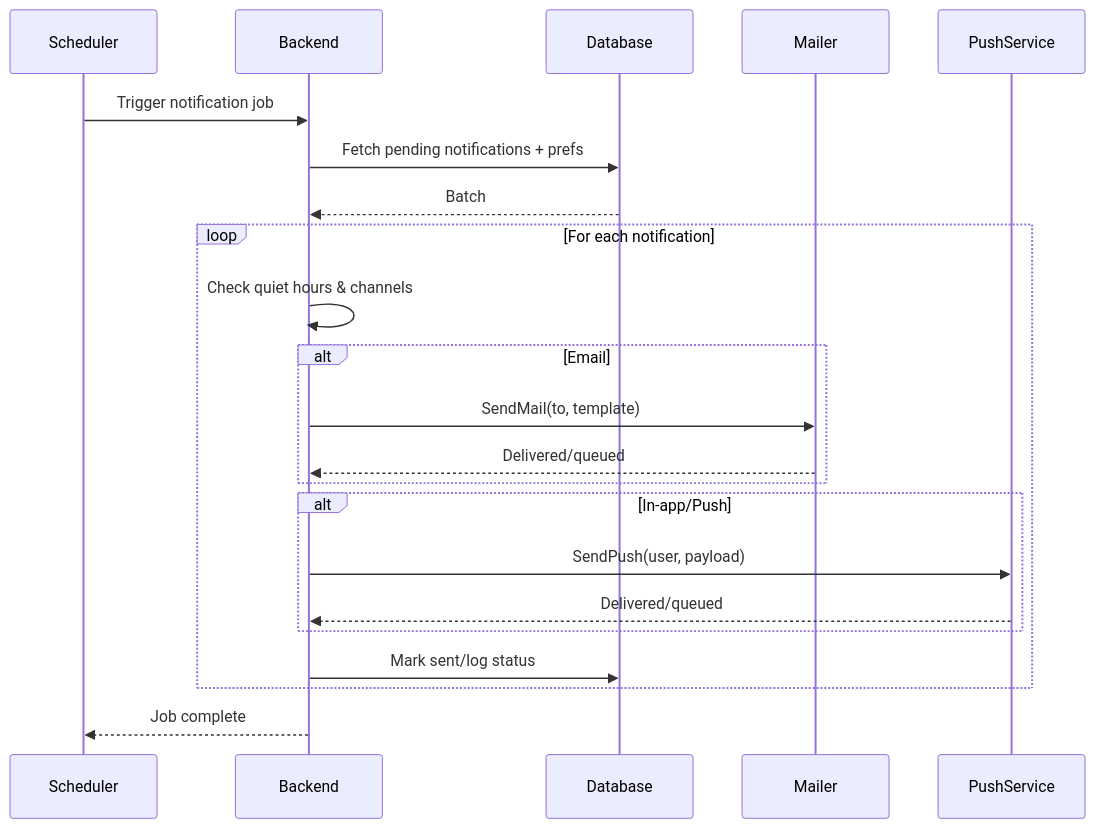
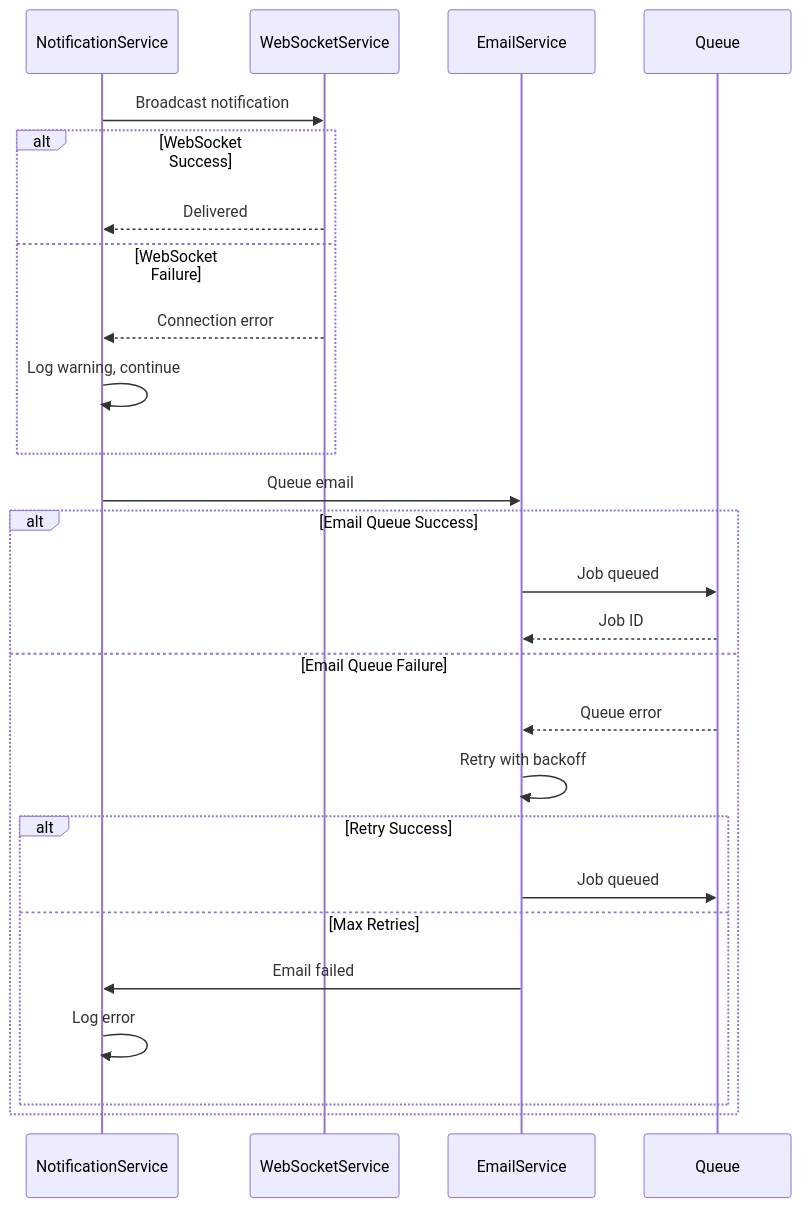
The second of 2 diagrams in docs/01-sequences/SEQ-008_Notification_Delivery.md (exatfrds67/umamusume-career-planner), drawn with Mermaid before and after one commit. The commit also changed other lines of this file and 67 other files, not shown here.

````diff
--- a/docs/01-sequences/SEQ-008_Notification_Delivery.md
+++ b/docs/01-sequences/SEQ-008_Notification_Delivery.md
@@ -27,26 +715,33 @@
 ```mermaid
 sequenceDiagram
-    participant CRON as Scheduler
-    participant API as Backend
-    participant DB as Database
-    participant M as Mailer
-    participant P as PushService
-
-    CRON->>API: Trigger notification job
-    API->>DB: Fetch pending notifications + prefs
-    DB-->>API: Batch
-
-    loop For each notification
-        API->>API: Check quiet hours & channels
-        alt Email
-            API->>M: SendMail(to, template)
-            M-->>API: Delivered/queued
+    participant Service as NotificationService
+    participant WS as WebSocketService
+    participant Email as EmailService
+    participant Queue
+    
+    Service->>WS: Broadcast notification
+    
+    alt WebSocket Success
+        WS-->>Service: Delivered
+    else WebSocket Failure
+        WS-->>Service: Connection error
+        Service->>Service: Log warning, continue
+    end
+    
+    Service->>Email: Queue email
+    
+    alt Email Queue Success
+        Email->>Queue: Job queued
+        Queue-->>Email: Job ID
+    else Email Queue Failure
+        Queue-->>Email: Queue error
+        Email->>Email: Retry with backoff
+        
+        alt Retry Success
+            Email->>Queue: Job queued
+        else Max Retries
+            Email->>Service: Email failed
+            Service->>Service: Log error
         end
-        alt In-app/Push
-            API->>P: SendPush(user, payload)
-            P-->>API: Delivered/queued
-        end
-        API->>DB: Mark sent/log status
     end
-    API-->>CRON: Job complete
 ```
````
